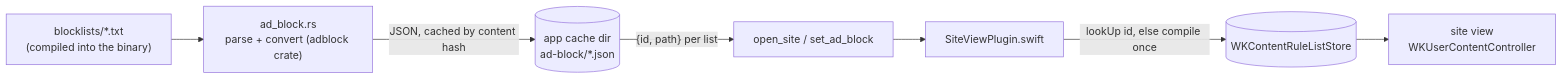
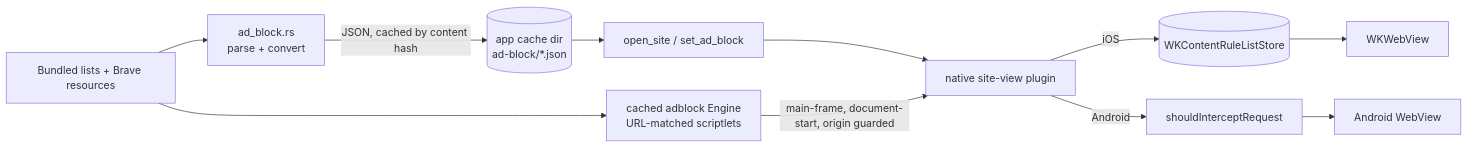
Before and after one commit to DFanso/openmedia: the diagram in docs/wiki/ad-blocking.md, drawn with Mermaid. The commit also changed other lines of this file and 18 other files, not shown here.

First line of the commit message:
fix(adblock): apply Brave filters and scriptlets in native webviews (#177)

````diff
--- a/docs/wiki/ad-blocking.md
+++ b/docs/wiki/ad-blocking.md
@@ -22,9 +22,13 @@
 ```mermaid
 flowchart LR
-  Lists["blocklists/*.txt\n(compiled into the binary)"] --> Conv["ad_block.rs\nparse + convert (adblock crate)"]
+  Lists["Bundled lists + Brave resources"] --> Conv["ad_block.rs\nparse + convert"]
   Conv -->|"JSON, cached by content hash"| Cache[("app cache dir\nad-block/*.json")]
-  Cache -->|"{id, path} per list"| Open["open_site / set_ad_block"]
-  Open --> Native["SiteViewPlugin.swift"]
-  Native -->|"lookUp id, else compile once"| Store[("WKContentRuleListStore")]
-  Store --> View["site view\nWKUserContentController"]
+  Cache --> Open["open_site / set_ad_block"]
+  Open --> Native["native site-view plugin"]
+  Native -->|iOS| Store[("WKContentRuleListStore")]
+  Store --> View["WKWebView"]
+  Native -->|Android| Intercept["shouldInterceptRequest"]
+  Intercept --> View2["Android WebView"]
+  Lists --> Engine["cached adblock Engine\nURL-matched scriptlets"]
+  Engine -->|"main-frame, document-start, origin guarded"| Native
 ```
````
